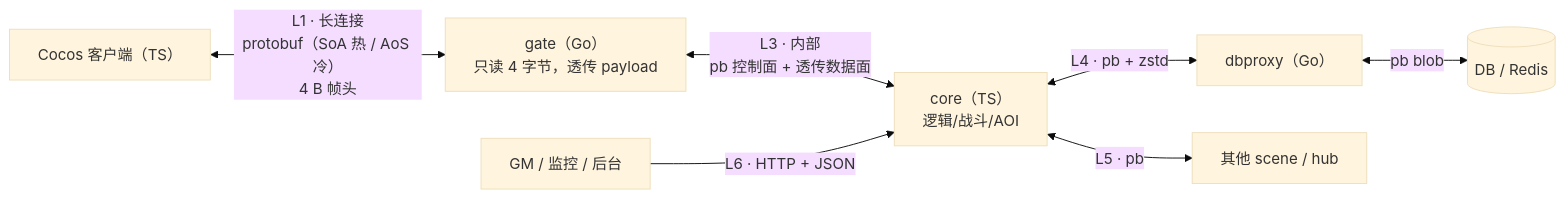
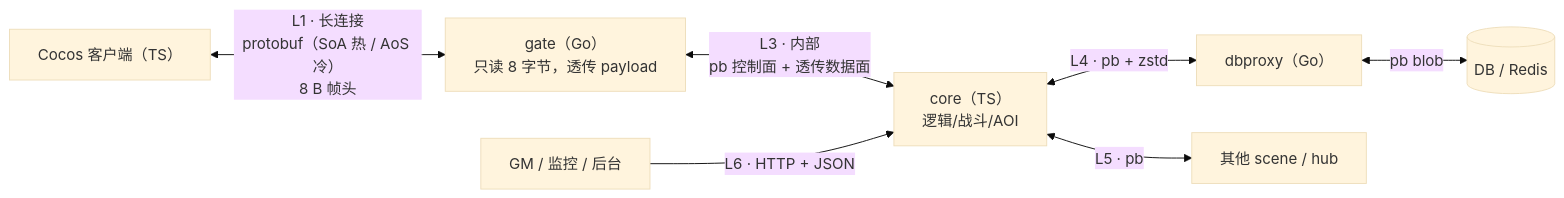
The diagram in docs/protocol-map.md (qianqians/meter), drawn with Mermaid (base theme) before and after one commit. The commit also changed other lines of this file and 13 other files, not shown here.

````diff
--- a/docs/protocol-map.md
+++ b/docs/protocol-map.md
@@ -53,9 +53,9 @@
 ```mermaid
 flowchart LR
-  C["Cocos 客户端（TS）"] <-->|"L1 · 长连接<br/>protobuf（SoA 热 / AoS 冷）<br/>4 B 帧头"| G["gate（Go）<br/>只读 4 字节，透传 payload"]
+  C["Cocos 客户端（TS）"] <-->|"L1 · 长连接<br/>protobuf（SoA 热 / AoS 冷）<br/>8 B 帧头"| G["gate（Go）<br/>只读 8 字节，透传 payload"]
   G <-->|"L3 · 内部<br/>pb 控制面 + 透传数据面"| K["core（TS）<br/>逻辑/战斗/AOI"]
   K <-->|"L4 · pb + zstd"| D["dbproxy（Go）"]
   K <-->|"L5 · pb"| K2["其他 scene / hub"]
   D <-->|"pb blob"| DB[("DB / Redis")]
   M["GM / 监控 / 后台"] -->|"L6 · HTTP + JSON"| K
 ```
````
